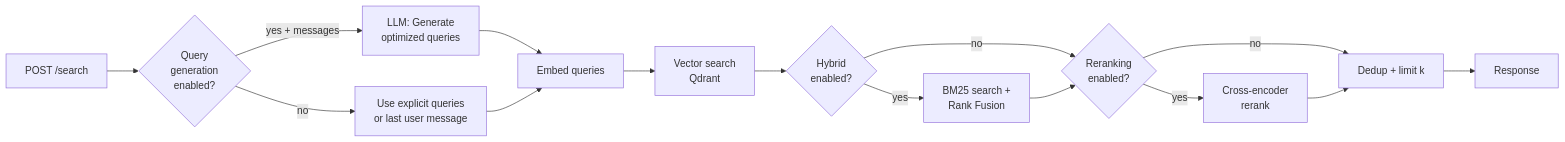
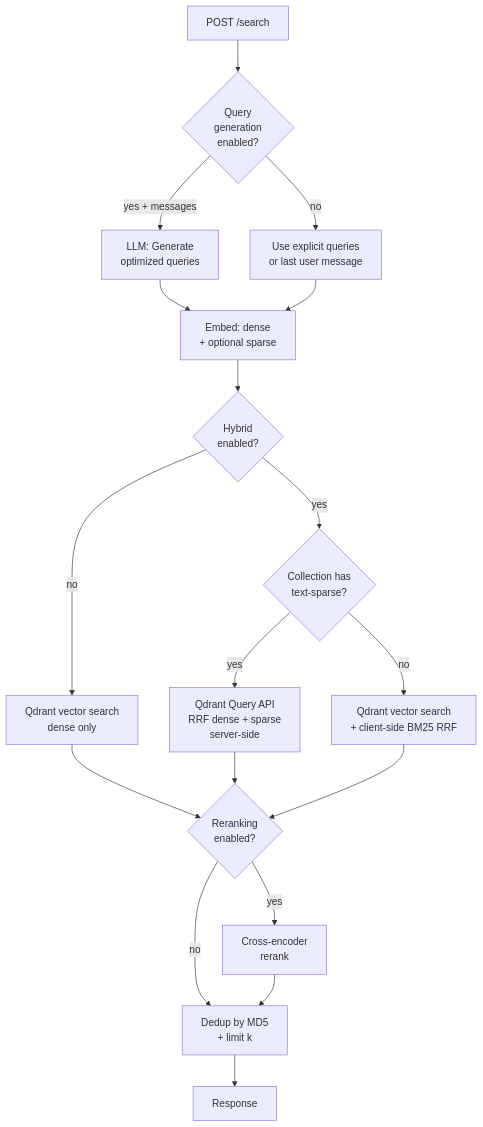
One commit to AarhusAI/retrieval-agent changed the first of 2 diagrams in README.md. Above: the diagram before and after it, drawn with Mermaid. The commit also changed other lines of this file and 23 other files, not shown here.

````diff
--- a/README.md
+++ b/README.md
@@ -202,17 +210,22 @@
 ```mermaid
-flowchart LR
-    A[POST /search] --> A1{Query\ngeneration\nenabled?}
-    A1 -- "yes + messages" --> A2[LLM: Generate\noptimized queries]
-    A1 -- no --> A3[Use explicit queries\nor last user message]
-    A2 --> B[Embed queries]
+flowchart TD
+    A[POST /search] --> A1{Query<br/>generation<br/>enabled?}
+    A1 -- "yes + messages" --> A2[LLM: Generate<br/>optimized queries]
+    A1 -- no --> A3[Use explicit queries<br/>or last user message]
+    A2 --> B[Embed: dense<br/>+ optional sparse]
     A3 --> B
-    B --> C[Vector search\nQdrant]
-    C --> D{Hybrid\nenabled?}
-    D -- yes --> E[BM25 search +\nRank Fusion]
-    D -- no --> F{Reranking\nenabled?}
-    E --> F
-    F -- yes --> G[Cross-encoder\nrerank]
-    F -- no --> H[Dedup + limit k]
+
+    B --> D{Hybrid<br/>enabled?}
+    D -- no --> Cdense[Qdrant vector search<br/>dense only]
+    D -- yes --> S{Collection has<br/>text-sparse?}
+    S -- yes --> Cnative[Qdrant Query API<br/>RRF dense + sparse<br/>server-side]
+    S -- no --> Cbm25[Qdrant vector search<br/>+ client-side BM25 RRF]
+
+    Cdense --> F{Reranking<br/>enabled?}
+    Cnative --> F
+    Cbm25 --> F
+    F -- yes --> G[Cross-encoder<br/>rerank]
+    F -- no --> H[Dedup by MD5<br/>+ limit k]
     G --> H
     H --> I[Response]
 ```
````
